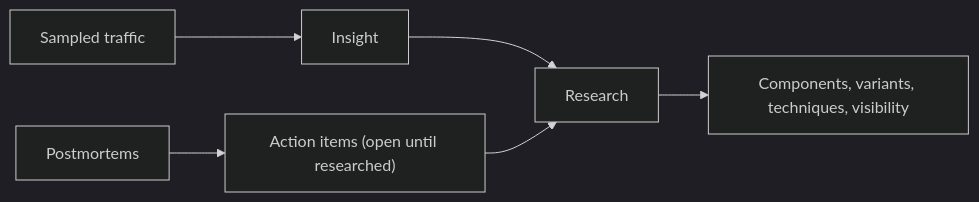
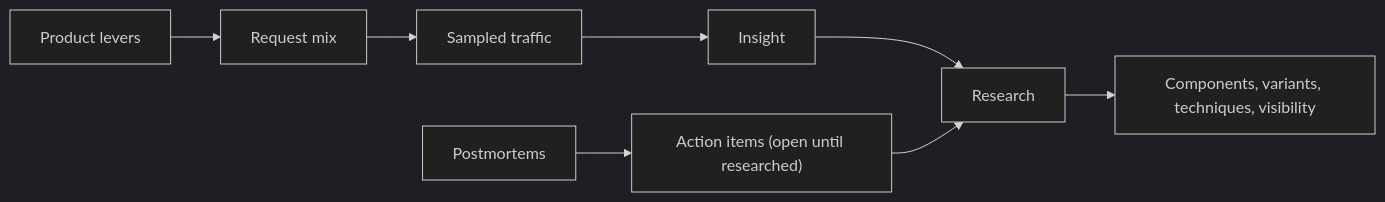
Before and after one commit to FrancoManfredi/quorum: the fourth of 6 diagrams in apps/wiki/content/design/09-economy.md, drawn with Mermaid (dark theme). The commit also changed other lines of this file and 2 other files, not shown here.

Commit message:
Tie product levers to the loops, the economy, and the pitch

````diff
--- a/apps/wiki/content/design/09-economy.md
+++ b/apps/wiki/content/design/09-economy.md
@@ -314,5 +316,5 @@
 ```mermaid
 flowchart LR
-  sampled["Sampled traffic"] --> insight[Insight] --> research[Research] --> unlocks["Components, variants, techniques, visibility"]
+  levers["Product levers"] --> mix["Request mix"] --> sampled["Sampled traffic"] --> insight[Insight] --> research[Research] --> unlocks["Components, variants, techniques, visibility"]
   postmortems[Postmortems] --> actions["Action items (open until researched)"] --> research
 ```
````
